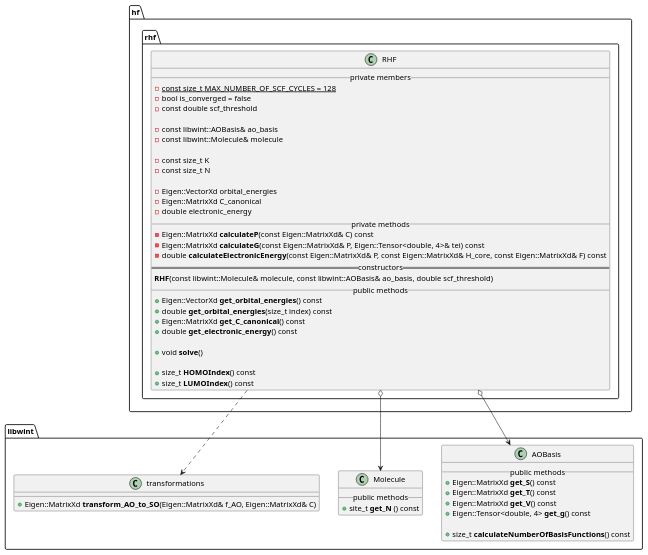
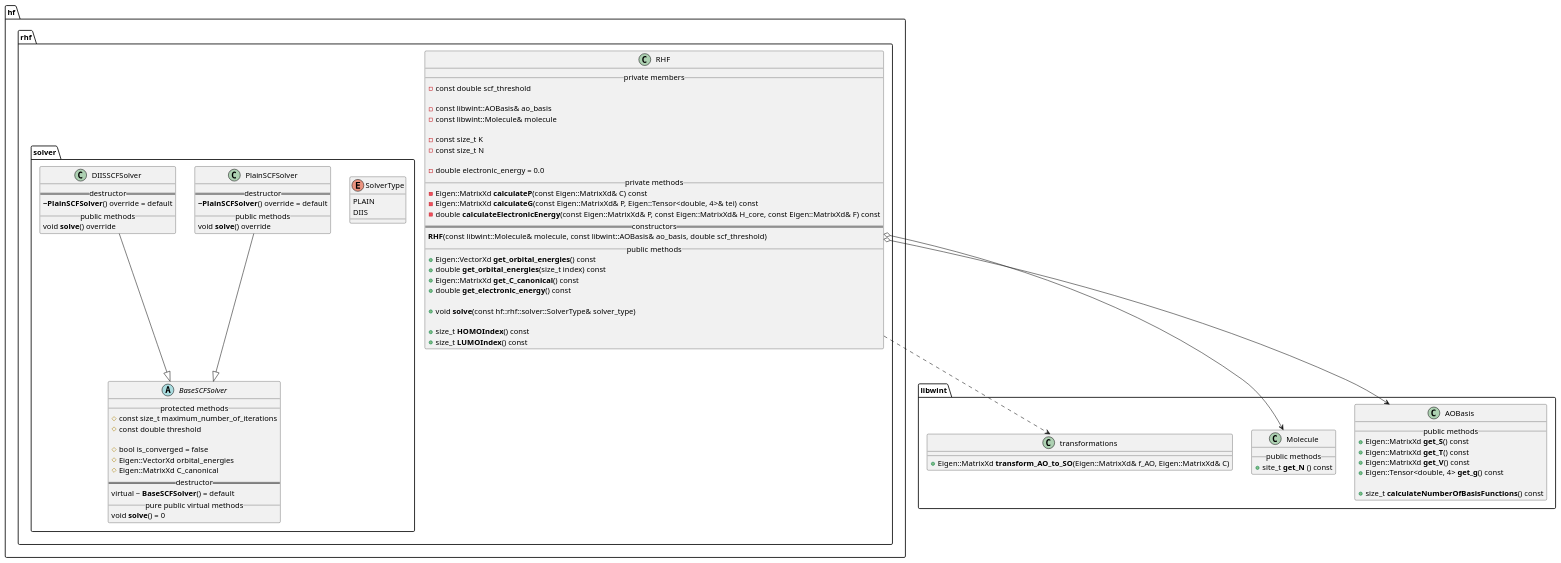
One commit to tmhuysen/hf changed the diagram in docs/hf.puml. Above: the diagram before and after it, drawn with PlantUML.

Commit message:
Add the beginnings for the DIIS design.

```diff
--- a/docs/hf.puml
+++ b/docs/hf.puml
@@ -1,76 +1,114 @@
 @startuml
 
 
 namespace libwint {
 
     class AOBasis {
         __ public methods __
             + Eigen::MatrixXd **get_S**() const
             + Eigen::MatrixXd **get_T**() const
             + Eigen::MatrixXd **get_V**() const
             + Eigen::Tensor<double, 4> **get_g**() const
 
             + size_t **calculateNumberOfBasisFunctions**() const
     }
 
 
     class Molecule {
         __ public methods __
             + site_t **get_N** () const
     }
 
 
     class transformations {
         + Eigen::MatrixXd **transform_AO_to_SO**(Eigen::MatrixXd& f_AO, Eigen::MatrixXd& C)
     }
 
 }
 
 
 namespace hf {
     namespace rhf {
+        namespace solver {
+
+
+            enum SolverType {
+                PLAIN
+                DIIS
+            }
+
+            abstract class BaseSCFSolver {
+                __ protected methods __
+                    # const size_t maximum_number_of_iterations
+                    # const double threshold
+
+                    # bool is_converged = false
+                    # Eigen::VectorXd orbital_energies
+                    # Eigen::MatrixXd C_canonical
+                == destructor ==
+                    virtual ~ **BaseSCFSolver**() = default
+                __ pure public virtual methods __
+                    void **solve**() = 0
+            }
+
+            PlainSCFSolver --|> BaseSCFSolver
+            class PlainSCFSolver {
+                == destructor ==
+                    **~PlainSCFSolver**() override = default
+                __ public methods __
+                    void **solve**() override
+            }
+
+
+            DIISSCFSolver --|> BaseSCFSolver
+            class DIISSCFSolver {
+                == destructor ==
+                    **~PlainSCFSolver**() override = default
+                __ public methods __
+                    void **solve**() override
+            }
+
+
+
+        }
 
         class RHF {
             __ private members __
-                - const size_t {static} MAX_NUMBER_OF_SCF_CYCLES = 128
-                - bool is_converged = false
                 - const double scf_threshold
 
                 - const libwint::AOBasis& ao_basis
                 - const libwint::Molecule& molecule
 
                 - const size_t K
                 - const size_t N
 
-                - Eigen::VectorXd orbital_energies
-                - Eigen::MatrixXd C_canonical
-                - double electronic_energy
+                - double electronic_energy = 0.0
             __ private methods __
                 - Eigen::MatrixXd **calculateP**(const Eigen::MatrixXd& C) const
                 - Eigen::MatrixXd **calculateG**(const Eigen::MatrixXd& P, Eigen::Tensor<double, 4>& tei) const
                 - double **calculateElectronicEnergy**(const Eigen::MatrixXd& P, const Eigen::MatrixXd& H_core, const Eigen::MatrixXd& F) const
             == constructors ==
                 **RHF**(const libwint::Molecule& molecule, const libwint::AOBasis& ao_basis, double scf_threshold)
             __ public methods __
                 + Eigen::VectorXd **get_orbital_energies**() const
                 + double **get_orbital_energies**(size_t index) const
                 + Eigen::MatrixXd **get_C_canonical**() const
                 + double **get_electronic_energy**() const
 
-                + void **solve**()
+                + void **solve**(const hf::rhf::solver::SolverType& solver_type)
 
                 + size_t **HOMOIndex**() const
                 + size_t **LUMOIndex**() const
         }
     }
 }
 
 
 
 hf.rhf.RHF o--> libwint.AOBasis
 
 hf.rhf.RHF o--> libwint.Molecule
 
 hf.rhf.RHF ..> libwint.transformations
 
 @enduml
```
